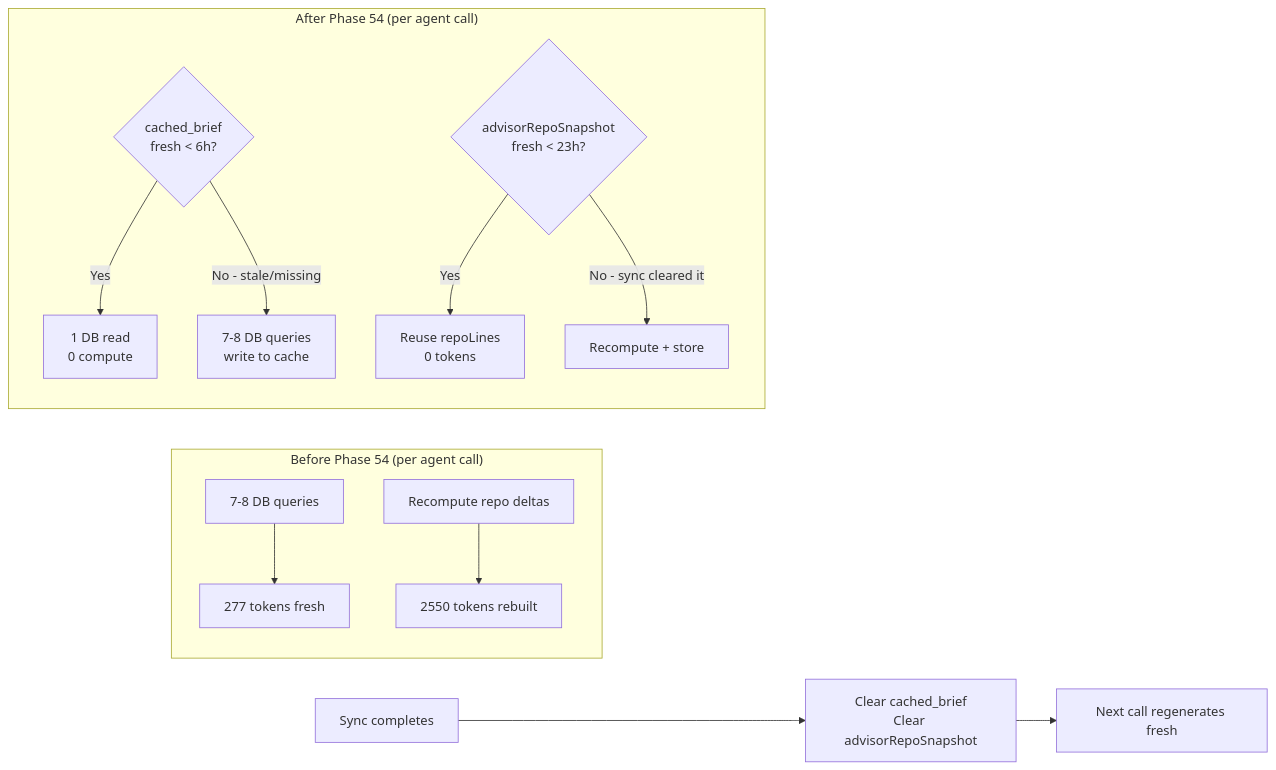
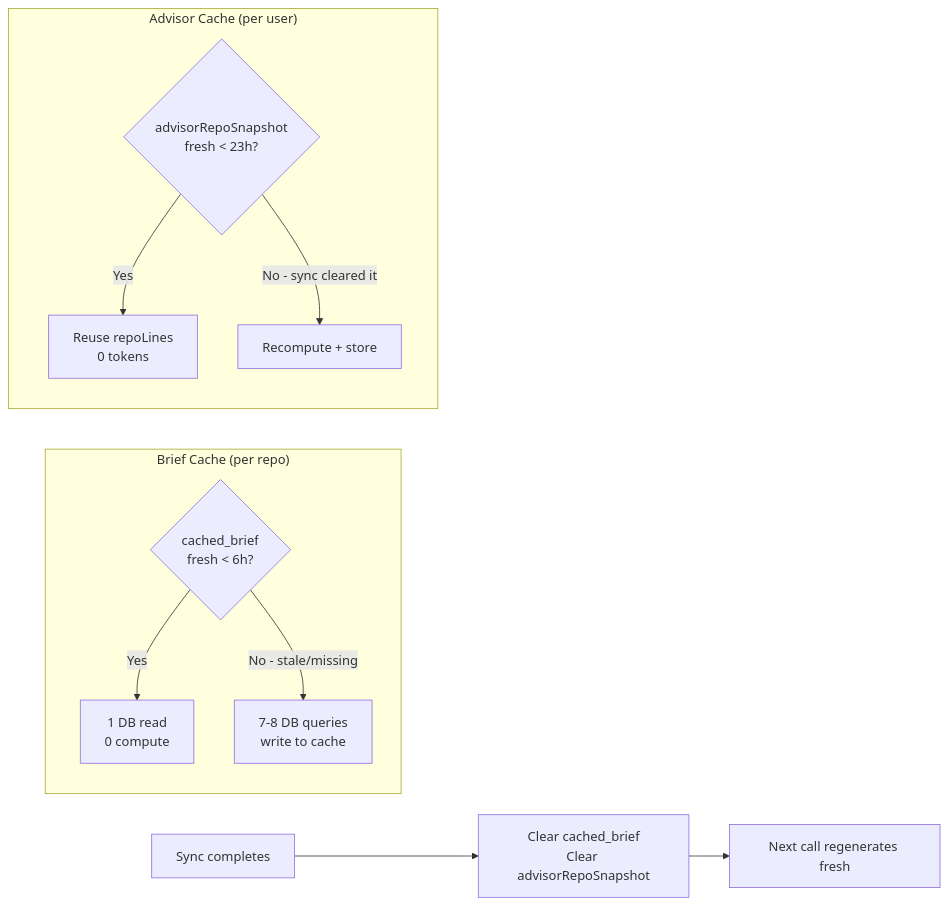
The seventh of 7 diagrams in docs/agentic-full-flow.md (smithdavedesign/Github-HQ), drawn with Mermaid before and after one commit. The commit also changed other lines of this file and 4 other files, not shown here.

````diff
--- a/docs/agentic-full-flow.md
+++ b/docs/agentic-full-flow.md
@@ -230,17 +253,15 @@
 ```mermaid
 flowchart LR
-    subgraph Before["Before Phase 54 (per agent call)"]
-        A1[7-8 DB queries] --> B1[277 tokens fresh]
-        A2[Recompute repo deltas] --> B2[2550 tokens rebuilt]
-    end
-    
-    subgraph After["After Phase 54 (per agent call)"]
+    subgraph Brief["Brief Cache (per repo)"]
         C1{cached_brief\nfresh < 6h?} -->|Yes| D1[1 DB read\n0 compute]
         C1 -->|No - stale/missing| D2[7-8 DB queries\nwrite to cache]
+    end
+
+    subgraph Advisor["Advisor Cache (per user)"]
         C2{advisorRepoSnapshot\nfresh < 23h?} -->|Yes| D3[Reuse repoLines\n0 tokens]
         C2 -->|No - sync cleared it| D4[Recompute + store]
     end
-    
+
     E[Sync completes] --> F[Clear cached_brief\nClear advisorRepoSnapshot]
     F --> G[Next call regenerates fresh]
 ```
````
